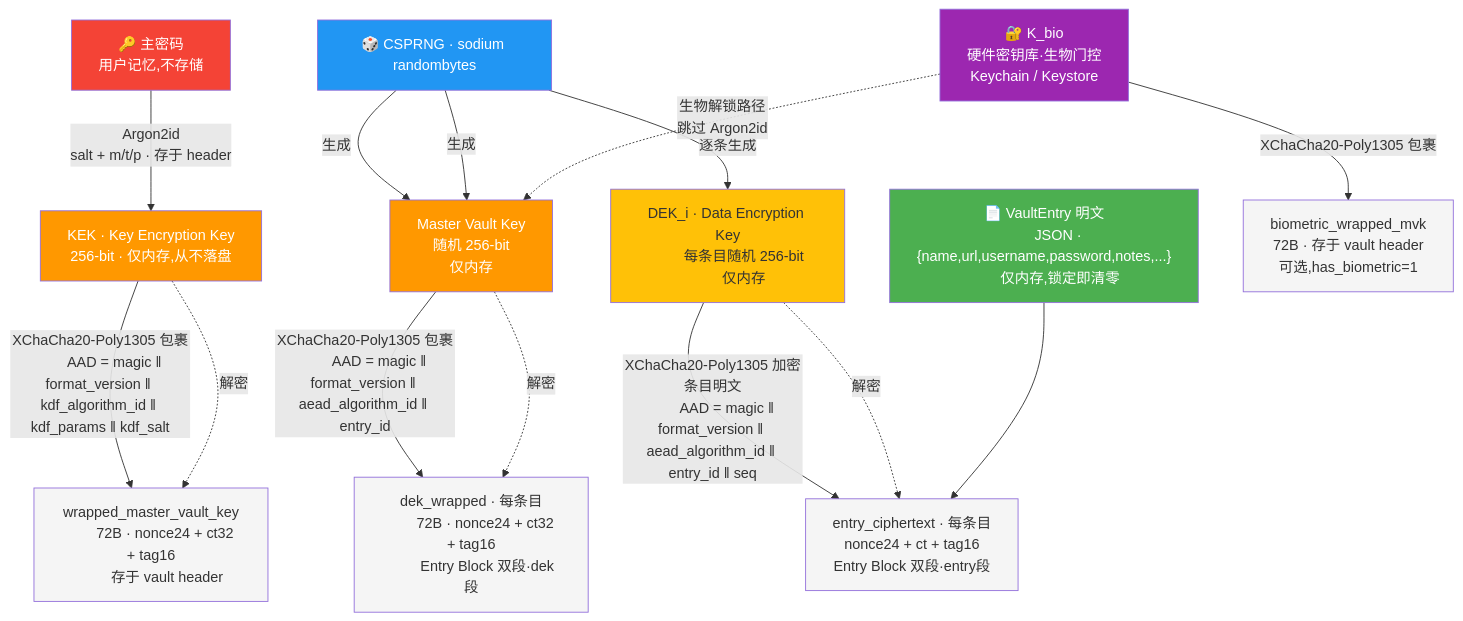
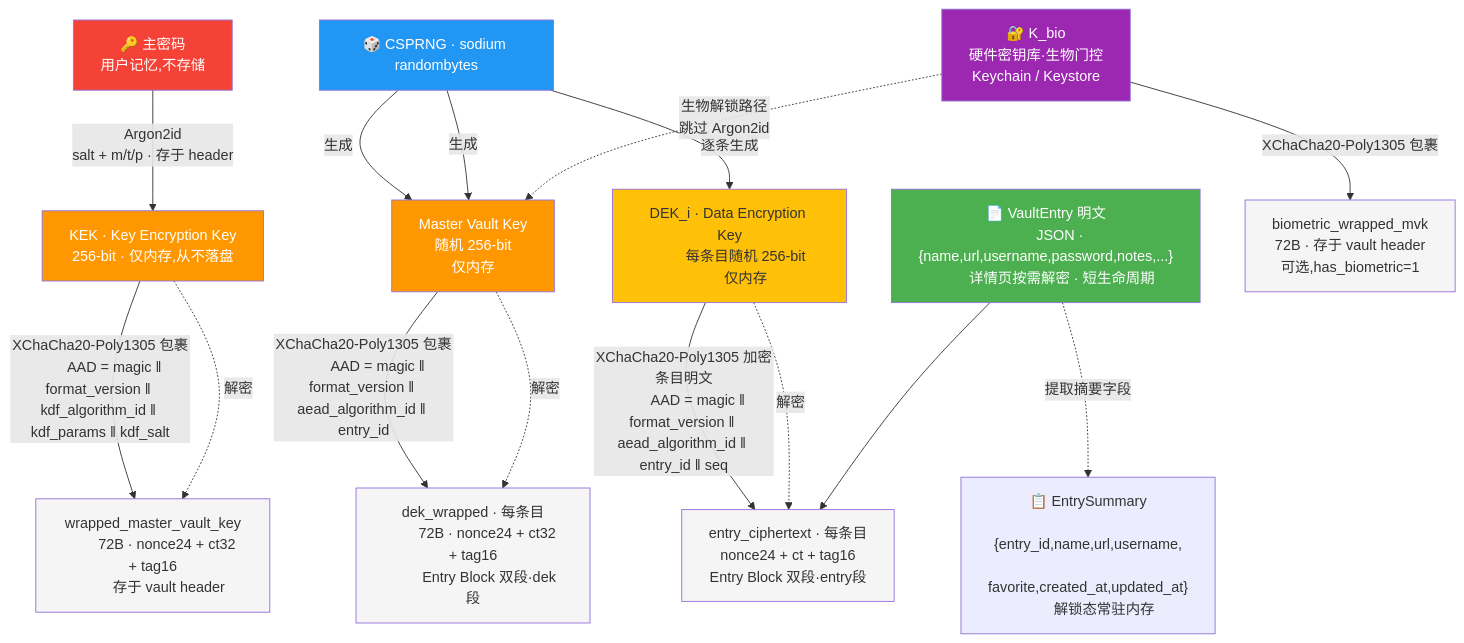
The second of 3 diagrams in docs/SECURITY.md (CCreative-Od1L/project_sw), drawn with Mermaid before and after one commit. The commit also changed other lines of this file and 8 other files, not shown here.

````diff
--- a/docs/SECURITY.md
+++ b/docs/SECURITY.md
@@ -100,71 +100,76 @@
 ```mermaid
 flowchart TD
     MP["🔑 主密码<br/>用户记忆,不存储"] -->|"Argon2id<br/>salt + m/t/p · 存于 header"| KEK["
         KEK · Key Encryption Key
         256-bit · 仅内存,从不落盘
     "]
 
     KEK -->|"
         XChaCha20-Poly1305 包裹
         AAD = magic ‖ format_version ‖ kdf_algorithm_id ‖ kdf_params ‖ kdf_salt
     "| MVK_ENC["wrapped_master_vault_key
         72B · nonce24 + ct32 + tag16
         存于 vault header"]
 
     KEK -.->|"解密"| MVK_ENC
 
     CSPRNG["🎲 CSPRNG · sodium randombytes"] -->|"生成"| MVK["Master Vault Key
         随机 256-bit
         仅内存"]
 
     MVK -->|"
         XChaCha20-Poly1305 包裹
         AAD = magic ‖ format_version ‖ aead_algorithm_id ‖ entry_id
     "| DEK_ENC["dek_wrapped · 每条目
         72B · nonce24 + ct32 + tag16
         Entry Block 双段·dek段"]
 
     MVK -.->|"解密"| DEK_ENC
 
     DEK["DEK_i · Data Encryption Key
         每条目随机 256-bit
         仅内存"] -->|"
         XChaCha20-Poly1305 加密条目明文
         AAD = magic ‖ format_version ‖ aead_algorithm_id ‖ entry_id ‖ seq
     "| ENTRY_ENC["entry_ciphertext · 每条目
         nonce24 + ct + tag16
         Entry Block 双段·entry段"]
 
     DEK -.->|"解密"| ENTRY_ENC
 
     ENTRY["📄 VaultEntry 明文
         JSON · {name,url,username,password,notes,...}
-        仅内存,锁定即清零"]
+        详情页按需解密 · 短生命周期"]
+    SUMMARY["📋 EntrySummary
+        {entry_id,name,url,username,
+        favorite,created_at,updated_at}
+        解锁态常驻内存"]
 
     CSPRNG -->|"生成"| MVK
     CSPRNG -->|"逐条生成"| DEK
 
     K_BIO["🔐 K_bio
         硬件密钥库·生物门控
         Keychain / Keystore"] -->|"
         XChaCha20-Poly1305 包裹
     "| BIO_ENC["biometric_wrapped_mvk
         72B · 存于 vault header
         可选,has_biometric=1"]
 
     K_BIO -.->|"生物解锁路径<br/>跳过 Argon2id"| MVK
 
     ENTRY --> ENTRY_ENC
+    ENTRY -.->|"提取摘要字段"| SUMMARY
 
     style MP fill:#f44336,color:#fff
     style KEK fill:#ff9800,color:#fff
     style MVK fill:#ff9800,color:#fff
     style DEK fill:#ffc107
     style ENTRY fill:#4caf50,color:#fff
     style CSPRNG fill:#2196f3,color:#fff
     style K_BIO fill:#9c27b0,color:#fff
     style MVK_ENC fill:#f5f5f5
     style DEK_ENC fill:#f5f5f5
     style ENTRY_ENC fill:#f5f5f5
     style BIO_ENC fill:#f5f5f5
 ```
````
